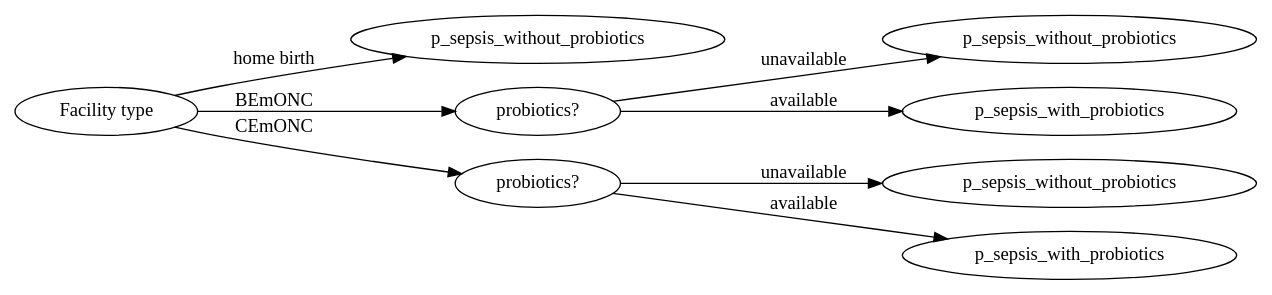
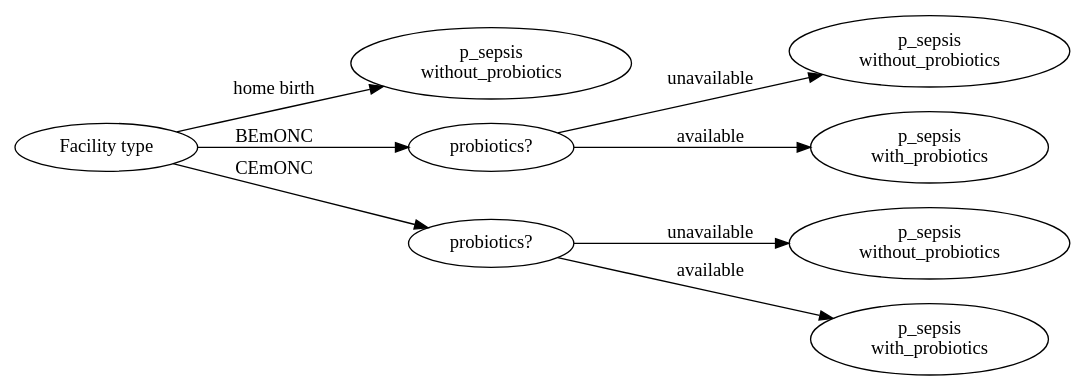
The second of 2 diagrams in docs/source/models/intervention_models/neonatal/probiotics_intervention.rst (ihmeuw/vivarium_research), drawn with Graphviz before and after one commit. The commit also changed other lines of this file and 9 other files, not shown here.

First line of the commit message:
Make graphviz cause model diagrams more compact and vertical

```diff
--- a/docs/source/models/intervention_models/neonatal/probiotics_intervention.rst
+++ b/docs/source/models/intervention_models/neonatal/probiotics_intervention.rst
@@ -199,23 +194,23 @@
 .. graphviz::
 
     digraph probiotics {
         rankdir = LR;
         facility [label="Facility type"]
-        home [label="p_sepsis_without_probiotics"]
+        home [label="p_sepsis\nwithout_probiotics"]
         BEmONC [label="probiotics?"]
         CEmONC [label="probiotics?"]
-        BEmONC_wo [label="p_sepsis_without_probiotics"] 
-        BEmONC_w [label="p_sepsis_with_probiotics"]
-        CEmONC_wo [label="p_sepsis_without_probiotics"] 
-        CEmONC_w [label="p_sepsis_with_probiotics"]
+        BEmONC_wo [label="p_sepsis\nwithout_probiotics"]
+        BEmONC_w [label="p_sepsis\nwith_probiotics"]
+        CEmONC_wo [label="p_sepsis\nwithout_probiotics"]
+        CEmONC_w [label="p_sepsis\nwith_probiotics"]
 
         facility -> home  [label = "home birth"]
         facility -> BEmONC  [label = "BEmONC"]
         facility -> CEmONC  [label = "CEmONC"]
 
         BEmONC -> BEmONC_w  [label = "available"]
         BEmONC -> BEmONC_wo  [label = "unavailable"]
 
         CEmONC -> CEmONC_w  [label = "available"]
         CEmONC -> CEmONC_wo  [label = "unavailable"]
     }
```
